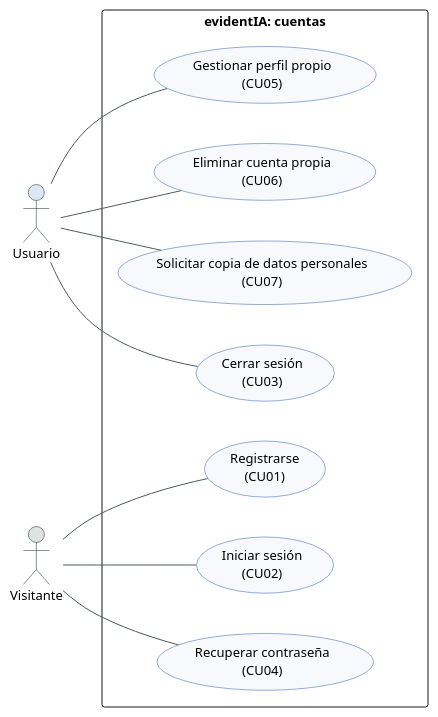
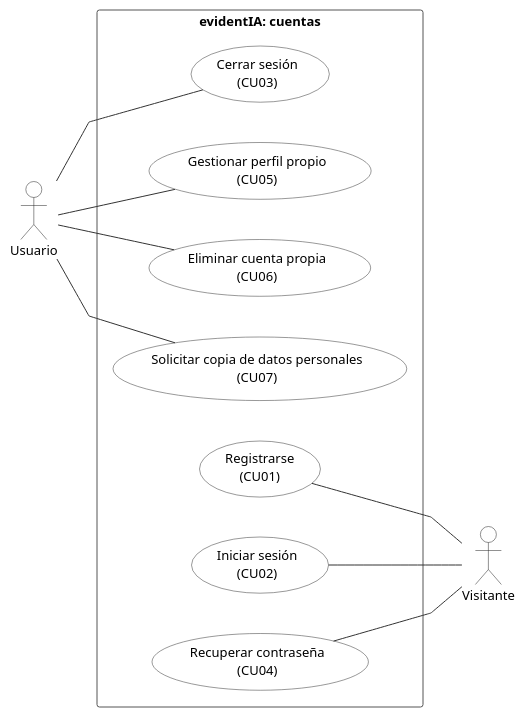
Before and after one commit to valentinasalmon/PFG-sistema-deteccion-IA: the diagram in docs/arquitectura/diagramas/09a-casos-de-uso.puml, drawn with PlantUML. The commit also changed 32 other files, not shown here.

First line of the commit message:
estilo(diagramas): diagramas ordenados con aspecto de hechos a mano

```diff
--- a/docs/arquitectura/diagramas/09a-casos-de-uso.puml
+++ b/docs/arquitectura/diagramas/09a-casos-de-uso.puml
@@ -1,32 +1,42 @@
 @startuml casos-de-uso-cuentas
 skinparam defaultFontName Arial
 skinparam defaultFontSize 13
 skinparam shadowing false
 skinparam ArrowColor #4E5B54
 skinparam nodesep 40
 skinparam ranksep 55
+skinparam linetype polyline
+skinparam ArrowColor #333333
+skinparam actor {
+  BorderColor #222222
+  BackgroundColor #FFFFFF
+}
+skinparam usecase {
+  BorderColor #333333
+  BackgroundColor #FFFFFF
+}
+skinparam rectangle {
+  BorderColor #555555
+  FontStyle bold
+}
 left to right direction
-skinparam usecaseBackgroundColor #F7F9FC
-skinparam usecaseBorderColor #2F5DA8
-skinparam actorBorderColor #17291F
-skinparam packageStyle rectangle
 
-actor "Usuario" as usuario #DCE6F5
-actor "Visitante" as visitante #DDE3E0
+actor "Usuario" as usuario
+actor "Visitante" as visitante
 rectangle "evidentIA: cuentas" {
-  usecase "Registrarse\n(CU01)" as CU01
-  usecase "Iniciar sesión\n(CU02)" as CU02
   usecase "Cerrar sesión\n(CU03)" as CU03
-  usecase "Recuperar contraseña\n(CU04)" as CU04
   usecase "Gestionar perfil propio\n(CU05)" as CU05
   usecase "Eliminar cuenta propia\n(CU06)" as CU06
   usecase "Solicitar copia de datos personales\n(CU07)" as CU07
+  usecase "Registrarse\n(CU01)" as CU01
+  usecase "Iniciar sesión\n(CU02)" as CU02
+  usecase "Recuperar contraseña\n(CU04)" as CU04
 }
-visitante -- CU01
-visitante -- CU02
 usuario -- CU03
-visitante -- CU04
 usuario -- CU05
 usuario -- CU06
 usuario -- CU07
+CU01 -- visitante
+CU02 -- visitante
+CU04 -- visitante
 @enduml
```
